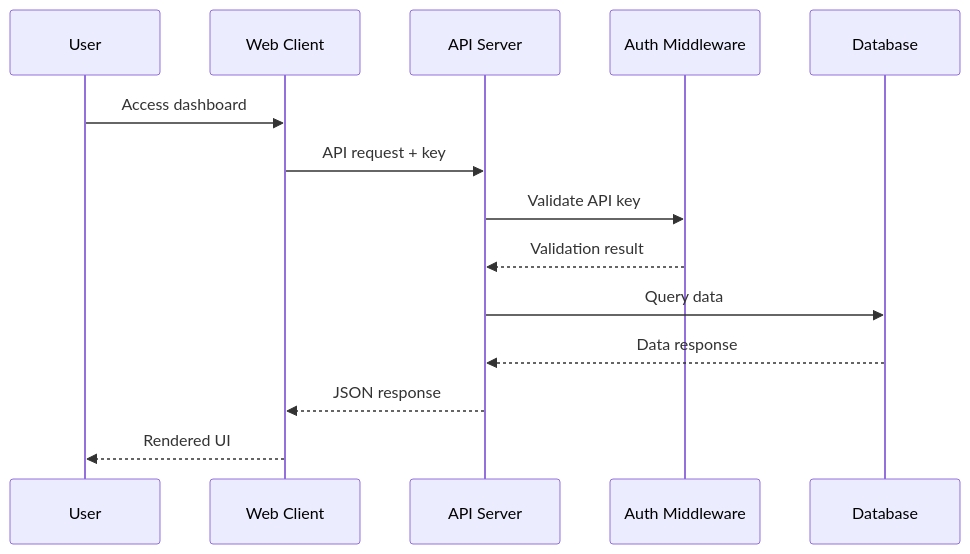
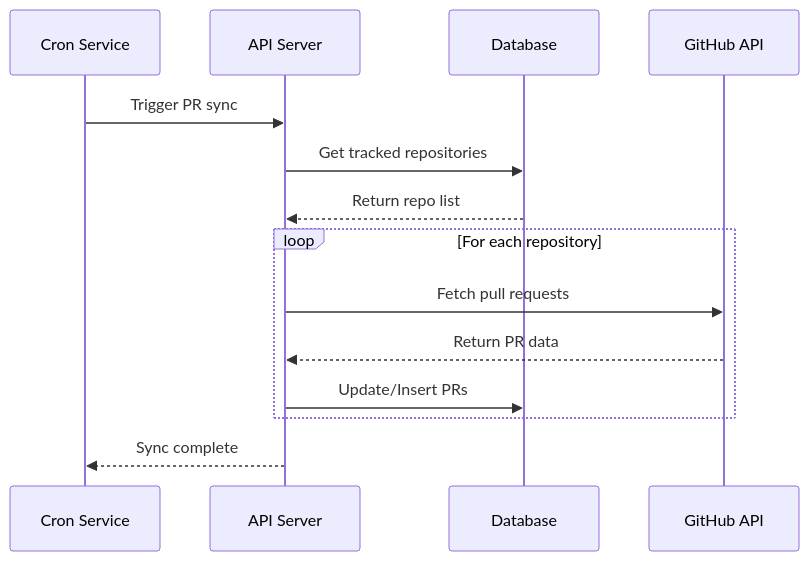
The third of 6 diagrams in docs/docs/architecture/overview.md (jayc13/my-dashboard), drawn with Mermaid before and after one commit. The commit also changed other lines of this file and 58 other files, not shown here.

````diff
--- a/docs/docs/architecture/overview.md
+++ b/docs/docs/architecture/overview.md
@@ -130,17 +160,17 @@
 ```mermaid
 sequenceDiagram
-    participant USER as User
-    participant CLIENT as Web Client
-    participant API as API Server
-    participant AUTH as Auth Middleware
-    participant DB as Database
+    participant CRON as Cron Service
+    participant A as API Server
+    participant D as Database
+    participant G as GitHub API
     
-    USER->>CLIENT: Access dashboard
-    CLIENT->>API: API request + key
-    API->>AUTH: Validate API key
-    AUTH-->>API: Validation result
-    API->>DB: Query data
-    DB-->>API: Data response
-    API-->>CLIENT: JSON response
-    CLIENT-->>USER: Rendered UI
+    CRON->>A: Trigger PR sync
+    A->>D: Get tracked repositories
+    D-->>A: Return repo list
+    loop For each repository
+        A->>G: Fetch pull requests
+        G-->>A: Return PR data
+        A->>D: Update/Insert PRs
+    end
+    A-->>CRON: Sync complete
 ```
````
